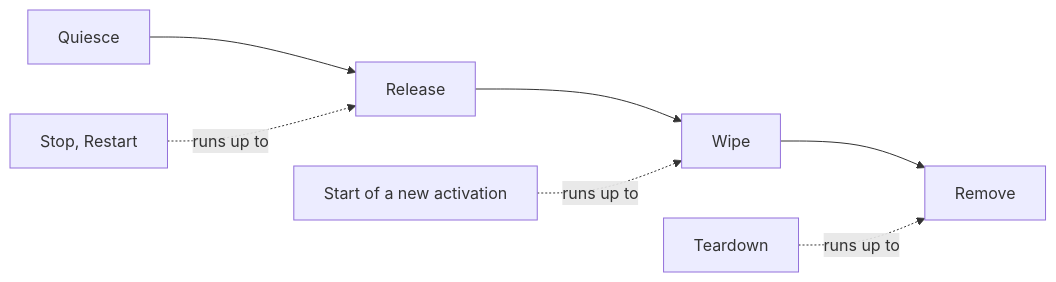
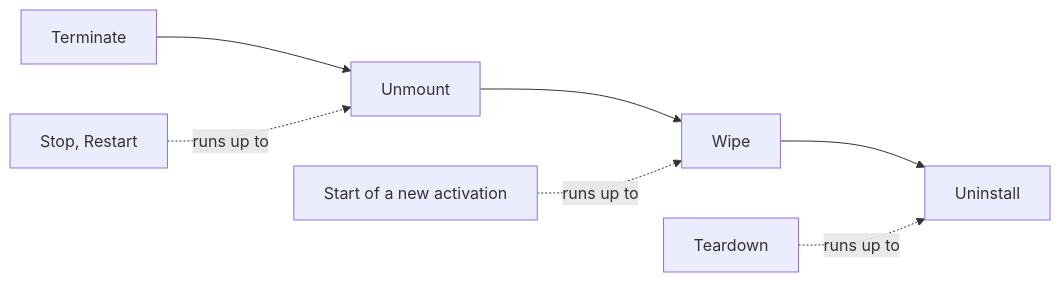
One commit to Azure/unbounded changed the tenth of 13 diagrams in designs/agent-v2.md. Above: the diagram before and after it, drawn with Mermaid. The commit also changed other lines of this file, not shown here.

````diff
--- a/designs/agent-v2.md
+++ b/designs/agent-v2.md
@@ -1395,7 +1395,7 @@
 ```mermaid
 flowchart LR
-  Q["Quiesce"] --> R["Release"] --> W["Wipe"] --> X["Remove"]
-  S["Stop, Restart"] -.->|runs up to| R
+  T1["Terminate"] --> U1["Unmount"] --> W["Wipe"] --> X["Uninstall"]
+  S["Stop, Restart"] -.->|runs up to| U1
   A["Start of a new activation"] -.->|runs up to| W
   T["Teardown"] -.->|runs up to| X
 ```
````
